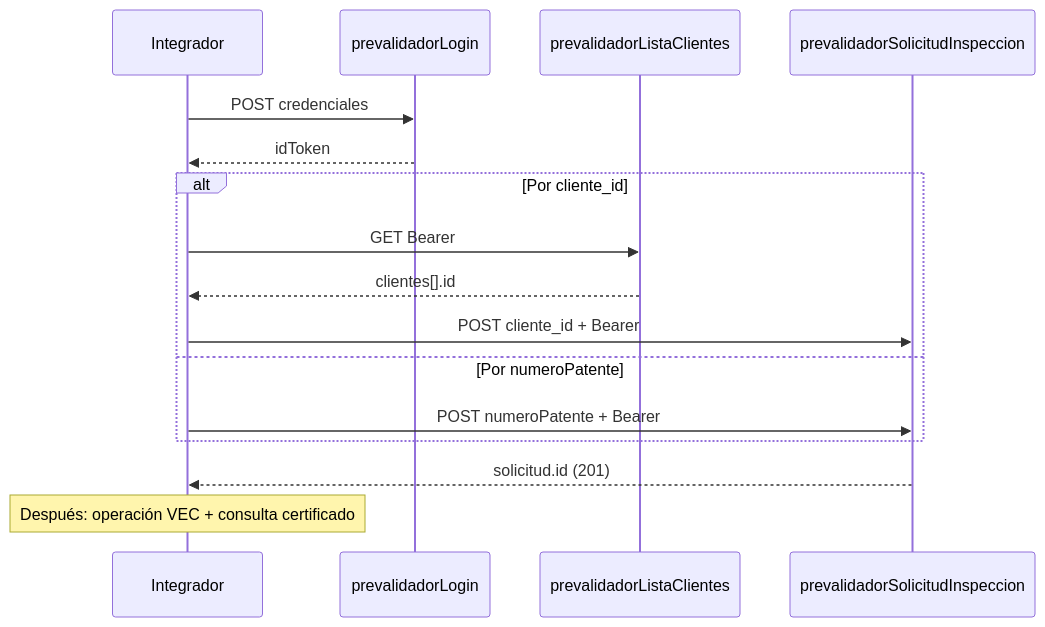
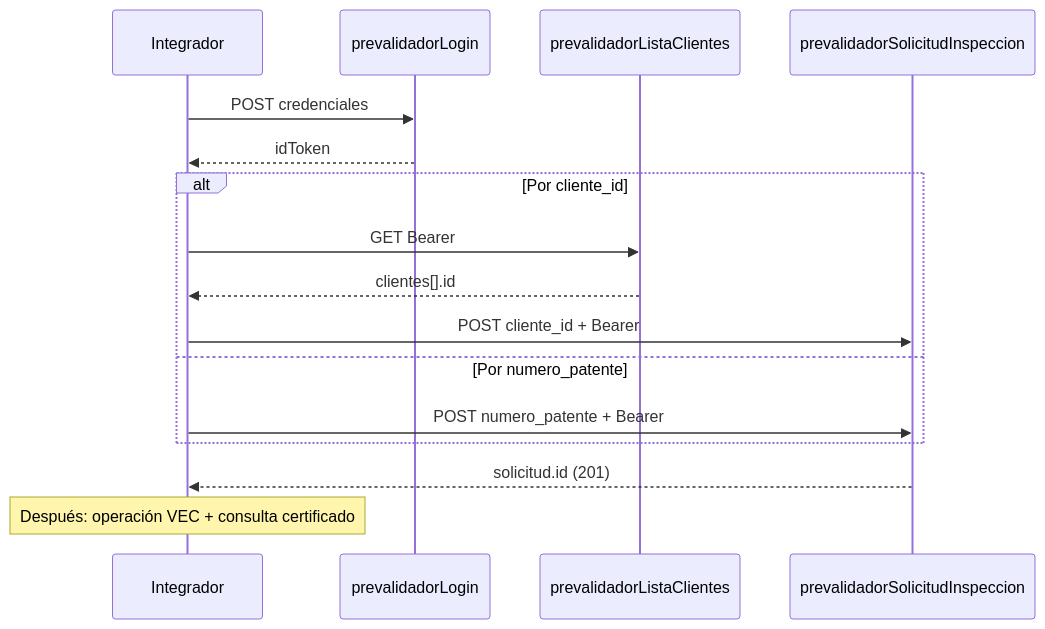
One commit to cuauhtemocvs/documentacion-vec changed the diagram in prevalidador/prevalidador-solicitud-inspeccion.md. Above: the diagram before and after it, drawn with Mermaid. The commit also changed other lines of this file and 1 other file, not shown here.

Commit message:
numeroPatente --> numero_patente (por consistencia)

````diff
--- a/prevalidador/prevalidador-solicitud-inspeccion.md
+++ b/prevalidador/prevalidador-solicitud-inspeccion.md
@@ -209,19 +209,19 @@
 ```mermaid
 sequenceDiagram
   participant API as Integrador
   participant Login as prevalidadorLogin
   participant Clientes as prevalidadorListaClientes
   participant Crear as prevalidadorSolicitudInspeccion
 
   API->>Login: POST credenciales
   Login-->>API: idToken
   alt Por cliente_id
     API->>Clientes: GET Bearer
     Clientes-->>API: clientes[].id
     API->>Crear: POST cliente_id + Bearer
-  else Por numeroPatente
-    API->>Crear: POST numeroPatente + Bearer
+  else Por numero_patente
+    API->>Crear: POST numero_patente + Bearer
   end
   Crear-->>API: solicitud.id (201)
   Note over API: Después: operación VEC + consulta certificado
 ```
````
